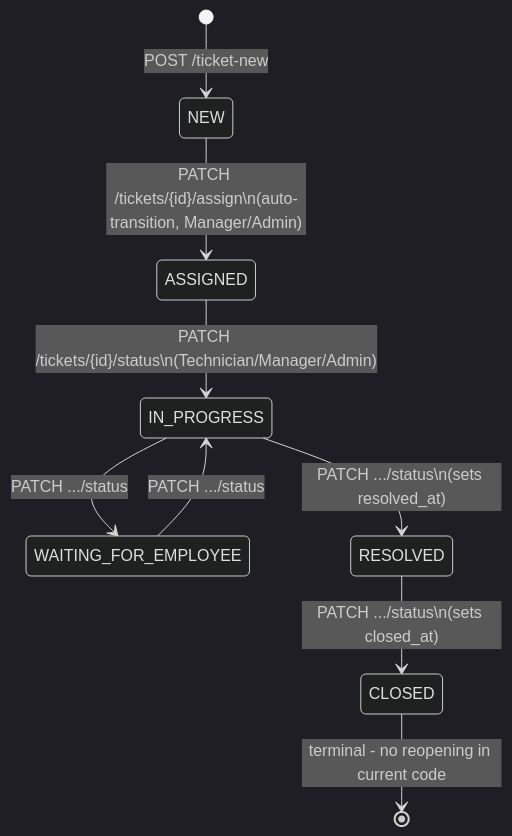
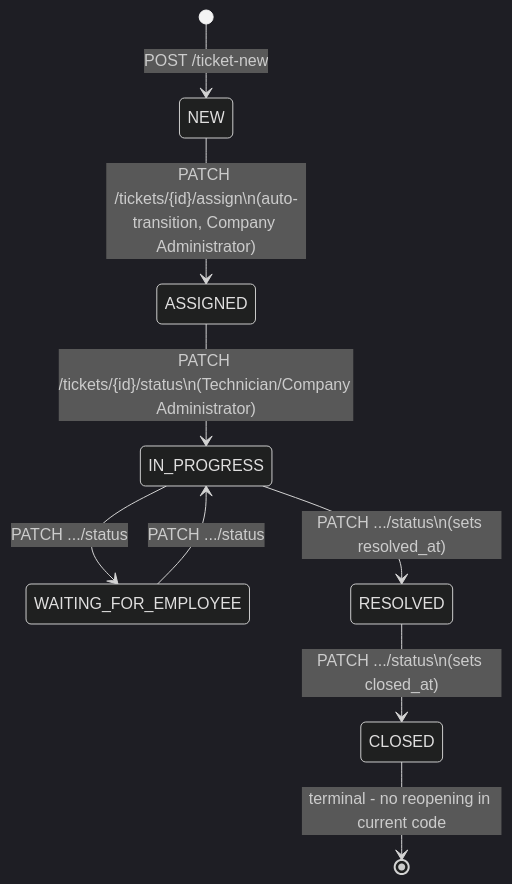
One commit to emmahr1998/ITOnIT changed the fourth of 10 diagrams in docs/BACKEND_DIAGRAMS.md. Above: the diagram before and after it, drawn with Mermaid (dark theme). The commit also changed other lines of this file and 44 other files, not shown here.

````diff
--- a/docs/BACKEND_DIAGRAMS.md
+++ b/docs/BACKEND_DIAGRAMS.md
@@ -206,11 +351,11 @@
 ```mermaid
 stateDiagram-v2
     [*] --> NEW : POST /ticket-new
-    NEW --> ASSIGNED : PATCH /tickets/{id}/assign\n(auto-transition, Manager/Admin)
-    ASSIGNED --> IN_PROGRESS : PATCH /tickets/{id}/status\n(Technician/Manager/Admin)
+    NEW --> ASSIGNED : PATCH /tickets/{id}/assign\n(auto-transition, Company Administrator)
+    ASSIGNED --> IN_PROGRESS : PATCH /tickets/{id}/status\n(Technician/Company Administrator)
     IN_PROGRESS --> WAITING_FOR_EMPLOYEE : PATCH .../status
     WAITING_FOR_EMPLOYEE --> IN_PROGRESS : PATCH .../status
     IN_PROGRESS --> RESOLVED : PATCH .../status\n(sets resolved_at)
     RESOLVED --> CLOSED : PATCH .../status\n(sets closed_at)
     CLOSED --> [*] : terminal - no reopening in current code
 ```
````
